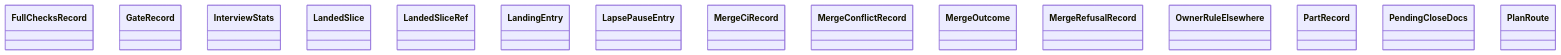
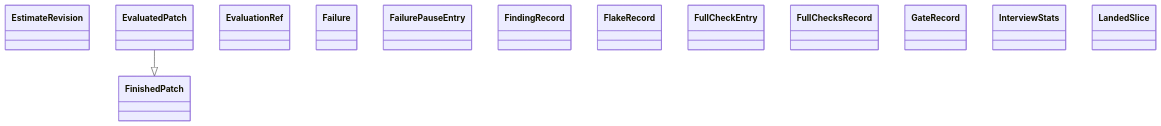
One commit to GonzaloZevallos/agentic-system changed the diagram in docs/architecture/generated/classes-process-domain-state-4.md. Above: the diagram before and after it, drawn with Mermaid. The commit also changed other lines of this file and 31 other files, not shown here.

First line of the commit message:
Add the instant and check-run fields to the task contract and stamp pause entries from rules

````diff
--- a/docs/architecture/generated/classes-process-domain-state-4.md
+++ b/docs/architecture/generated/classes-process-domain-state-4.md
@@ -22,18 +23,17 @@
 ```mermaid
 classDiagram
+    class task__EstimateRevision["EstimateRevision"]
+    class task__EvaluatedPatch["EvaluatedPatch"]
+    class task__EvaluationRef["EvaluationRef"]
+    class task__Failure["Failure"]
+    class task__FailurePauseEntry["FailurePauseEntry"]
+    class task__FindingRecord["FindingRecord"]
+    class task__FinishedPatch["FinishedPatch"]
+    class task__FlakeRecord["FlakeRecord"]
+    class task__FullCheckEntry["FullCheckEntry"]
     class task__FullChecksRecord["FullChecksRecord"]
     class task__GateRecord["GateRecord"]
     class task__InterviewStats["InterviewStats"]
     class task__LandedSlice["LandedSlice"]
-    class task__LandedSliceRef["LandedSliceRef"]
-    class task__LandingEntry["LandingEntry"]
-    class task__LapsePauseEntry["LapsePauseEntry"]
-    class task__MergeCiRecord["MergeCiRecord"]
-    class task__MergeConflictRecord["MergeConflictRecord"]
-    class task__MergeOutcome["MergeOutcome"]
-    class task__MergeRefusalRecord["MergeRefusalRecord"]
-    class task__OwnerRuleElsewhere["OwnerRuleElsewhere"]
-    class task__PartRecord["PartRecord"]
-    class task__PendingCloseDocs["PendingCloseDocs"]
-    class task__PlanRoute["PlanRoute"]
+    task__EvaluatedPatch --|> task__FinishedPatch
 ```
````
